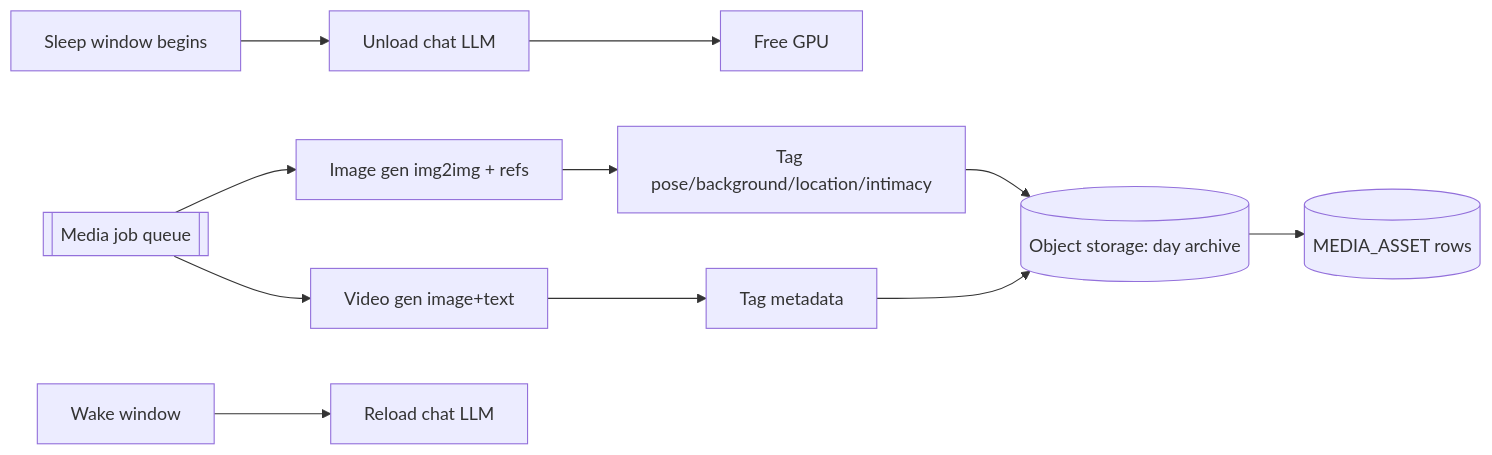
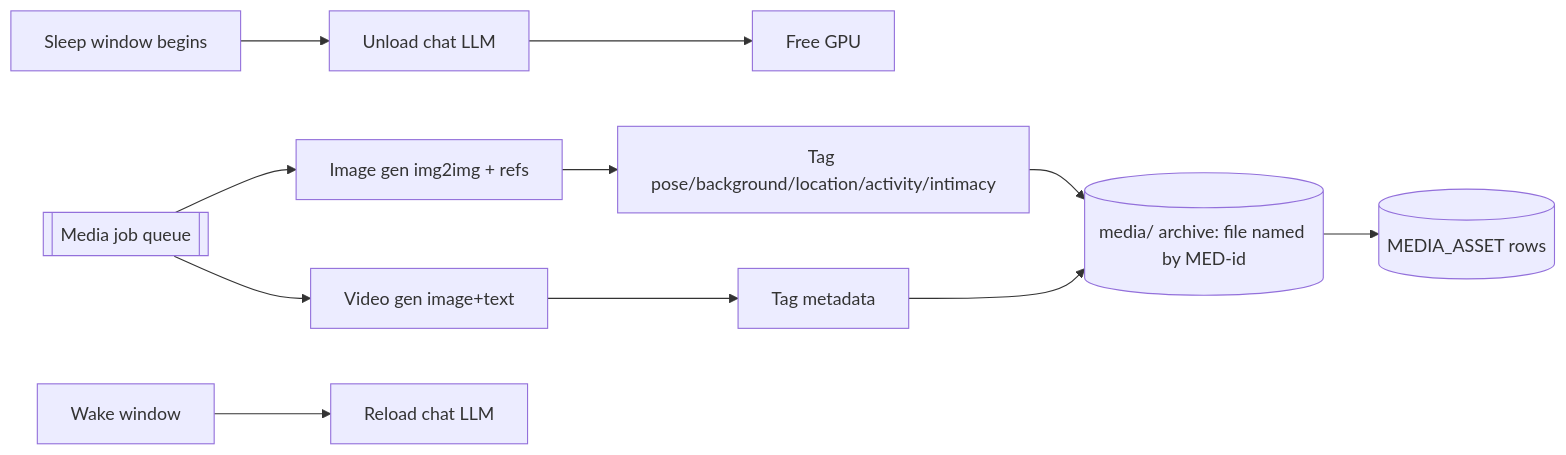
One commit to b3ly4ck/NeuroLady_Persona_Engine changed the seventh of 7 diagrams in developer files/architecture.md. Above: the diagram before and after it, drawn with Mermaid. The commit also changed other lines of this file and 2 other files, not shown here.

````diff
--- a/developer files/architecture.md
+++ b/developer files/architecture.md
@@ -645,13 +634,13 @@
 ```mermaid
 flowchart LR
     SLEEP[Sleep window begins] --> UNLOAD[Unload chat LLM]
     UNLOAD --> GPU[Free GPU]
     Q[[Media job queue]] --> IMG[Image gen img2img + refs]
     Q --> VID[Video gen image+text]
-    IMG --> META1[Tag pose/background/location/intimacy]
+    IMG --> META1[Tag pose/background/location/activity/intimacy]
     VID --> META2[Tag metadata]
-    META1 --> OBJ[(Object storage: day archive)]
+    META1 --> OBJ[(media/ archive: file named by MED-id)]
     META2 --> OBJ
     OBJ --> SQLm[(MEDIA_ASSET rows)]
     WAKE[Wake window] --> RELOAD[Reload chat LLM]
 ```
````
